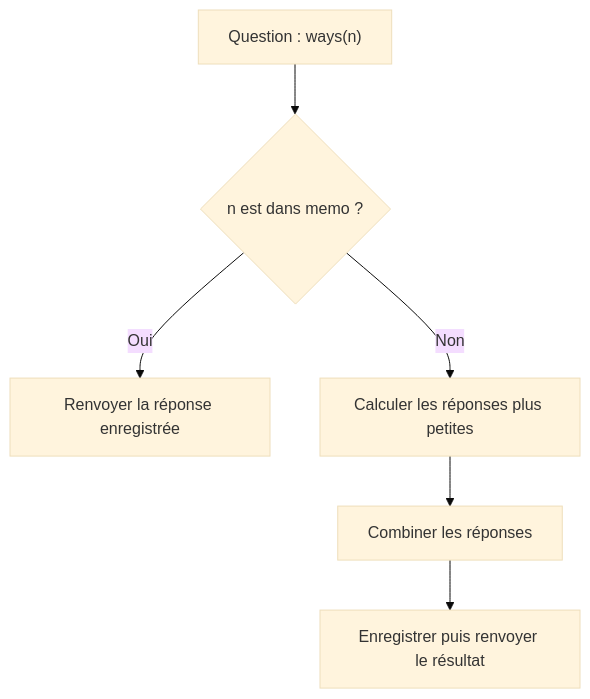
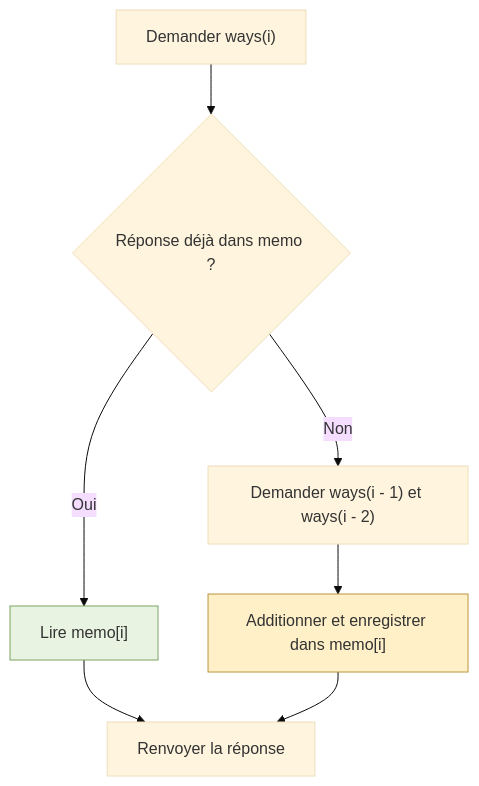
One commit to yannpassy/prepa_algo_odoo changed the second of 10 diagrams in Dynamic_Programming/Programmation_dynamique.md. Above: the diagram before and after it, drawn with Mermaid (base theme). The commit also changed other lines of this file, not shown here.

````diff
--- a/Dynamic_Programming/Programmation_dynamique.md
+++ b/Dynamic_Programming/Programmation_dynamique.md
@@ -197,8 +94,11 @@
 ```mermaid
 flowchart TD
-    A["Question : ways(n)"] --> B{"n est dans memo ?"}
-    B -->|"Oui"| C["Renvoyer la réponse enregistrée"]
-    B -->|"Non"| D["Calculer les réponses plus petites"]
-    D --> E["Combiner les réponses"]
-    E --> F["Enregistrer puis renvoyer le résultat"]
+    A["Demander ways(i)"] --> B{"Réponse déjà dans memo ?"}
+    B -->|"Oui"| C["Lire memo[i]"]
+    B -->|"Non"| D["Demander ways(i - 1) et ways(i - 2)"]
+    D --> E["Additionner et enregistrer dans memo[i]"]
+    C --> F["Renvoyer la réponse"]
+    E --> F
+    style C fill:#e9f3e1,stroke:#7da465
+    style E fill:#fff0c8,stroke:#bc943b
 ```
````
